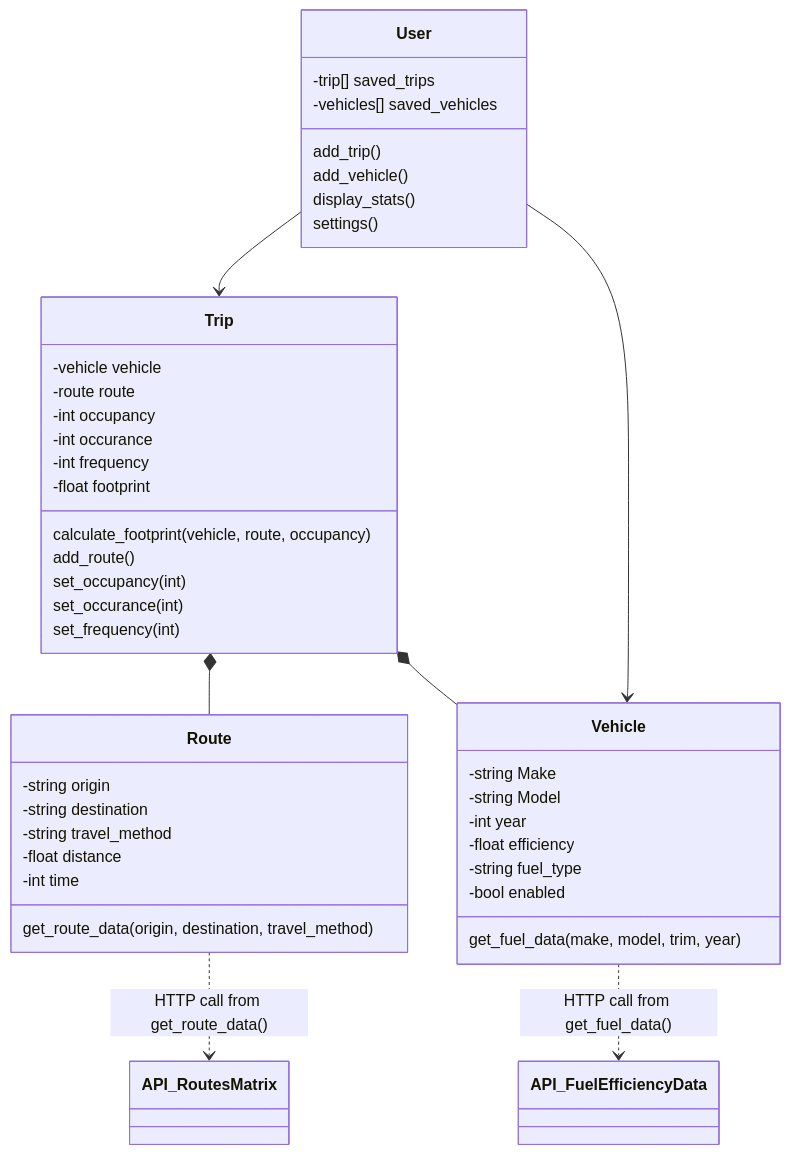
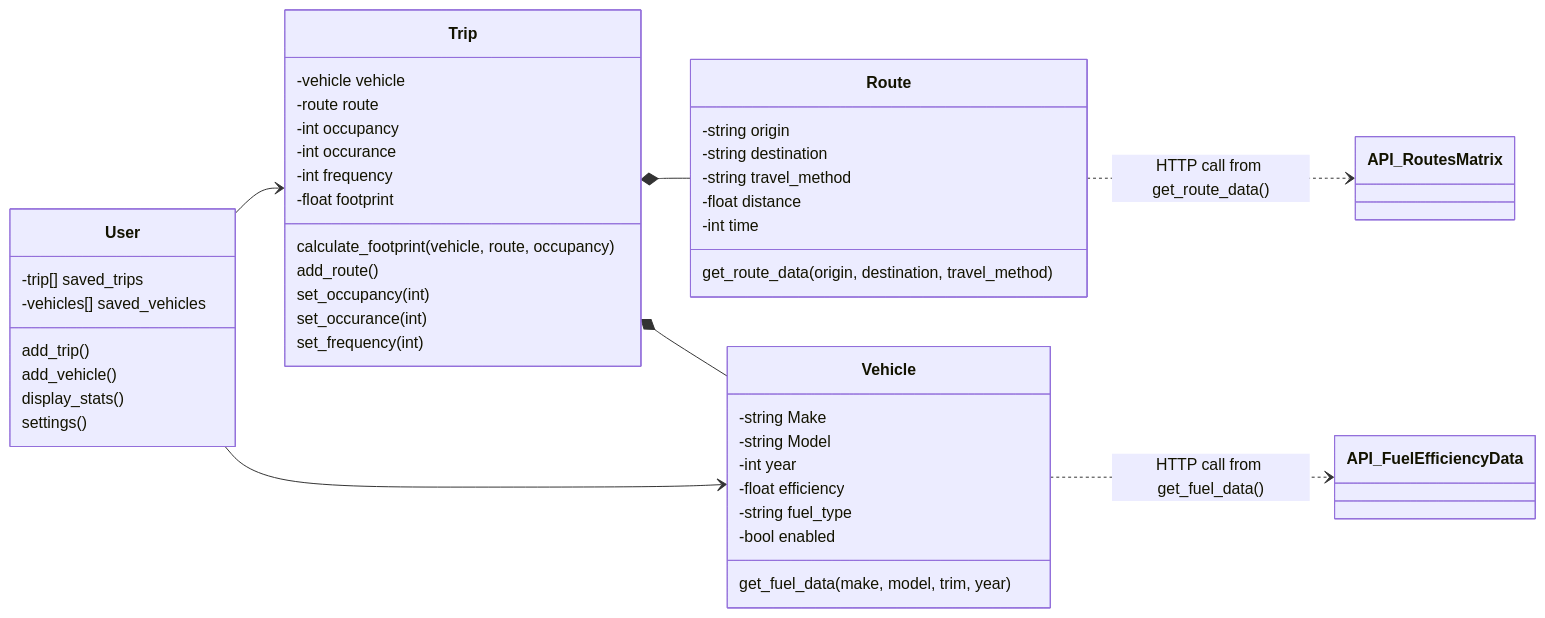
Before and after one commit to Issite/carbon-commute-calculator: the diagram in design/class_diagram.md, drawn with Mermaid. The commit also changed 3 other files, not shown here.

````diff
--- a/design/class_diagram.md
+++ b/design/class_diagram.md
@@ -1,55 +1,56 @@
 ```mermaid
 classDiagram
+direction LR
 
     class Trip
         Trip: -vehicle vehicle
         Trip: -route route
         Trip: -int occupancy
         Trip: -int occurance
         Trip: -int frequency
         Trip: -float footprint
         Trip :calculate_footprint(vehicle, route, occupancy)
         Trip :add_route()
         Trip :set_occupancy(int)
         Trip :set_occurance(int)
         Trip :set_frequency(int)
 
     class Vehicle
         Vehicle: -string Make
         Vehicle: -string Model
         Vehicle: -int year
         Vehicle: -float efficiency
         Vehicle: -string fuel_type
         Vehicle: -bool enabled
         Vehicle :get_fuel_data(make, model, trim, year)
 
     class Route
         Route: -string origin
         Route: -string destination
         Route: -string travel_method
         Route: -float distance
         Route: -int time
         Route :get_route_data(origin, destination, travel_method)
 
     class User
         User: -trip[] saved_trips
         User: -vehicles[] saved_vehicles
         User :add_trip()
         User :add_vehicle()
         User :display_stats()
         User :settings()
 
     
     class API_RoutesMatrix
     class API_FuelEfficiencyData
     
 
     Trip *-- Route : 
     User --> Trip : 
     Trip *-- Vehicle : 
     User --> Vehicle
     Route ..> API_RoutesMatrix : HTTP call from get_route_data()
     Vehicle ..> API_FuelEfficiencyData : HTTP call from get_fuel_data()
 
 
 ```
````
